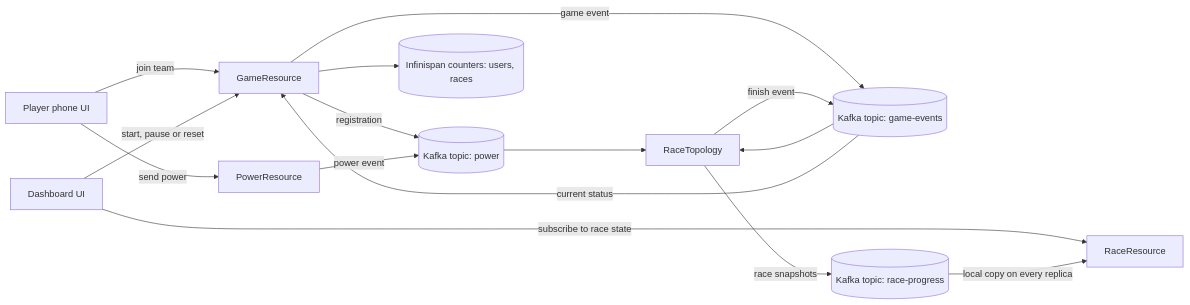
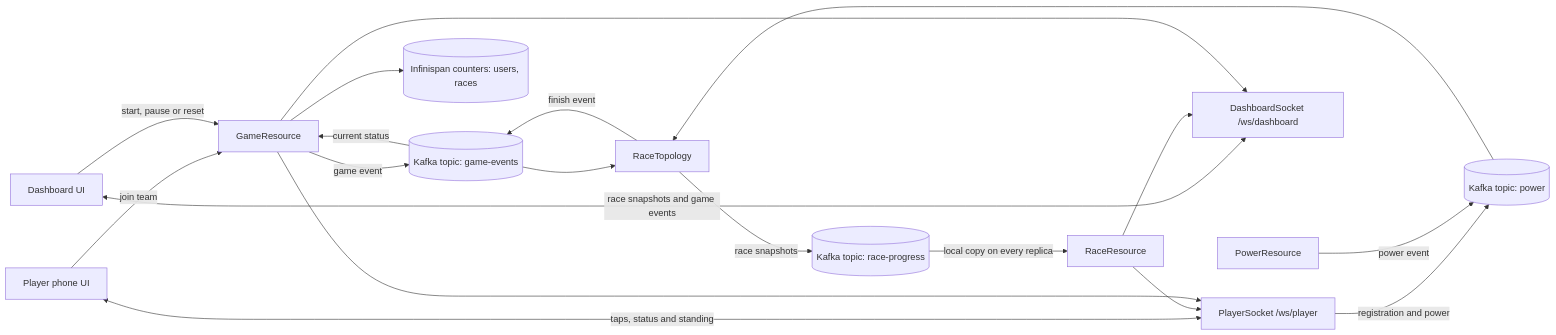
Before and after one commit to redhat-developer-demos/quinoa-wind-turbine: the diagram in README.md, drawn with Mermaid. The commit also changed other lines of this file and 25 other files, not shown here.

````diff
--- a/README.md
+++ b/README.md
@@ -41,20 +41,24 @@
 ```mermaid
 flowchart LR
     A[Player phone UI] -->|join team| B[GameResource]
-    A -->|send power| C[PowerResource]
+    A <-->|taps, status and standing| W[PlayerSocket /ws/player]
     D[Dashboard UI] -->|start, pause or reset| B
-    D -->|subscribe to race state| R[RaceResource]
+    D <-->|race snapshots and game events| S[DashboardSocket /ws/dashboard]
 
-    B -->|registration| H[(Kafka topic: power)]
-    C -->|power event| H
+    W -->|registration and power| H[(Kafka topic: power)]
+    C[PowerResource] -->|power event| H
     B -->|game event| I[(Kafka topic: game-events)]
 
     H --> T[RaceTopology]
     I --> T
     T -->|race snapshots| P[(Kafka topic: race-progress)]
     T -->|finish event| I
-    P -->|local copy on every replica| R
+    P -->|local copy on every replica| R[RaceResource]
     I -->|current status| B
+    R --> W
+    R --> S
+    B --> W
+    B --> S
 
     B --> K[(Infinispan counters: users, races)]
 ```
````
